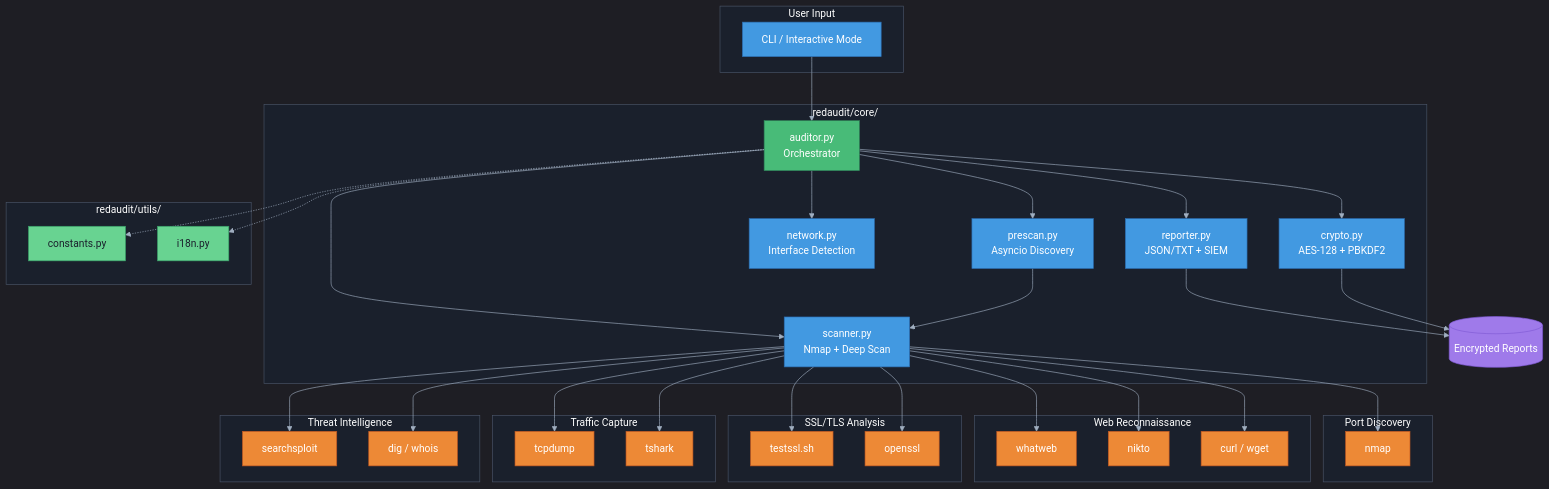
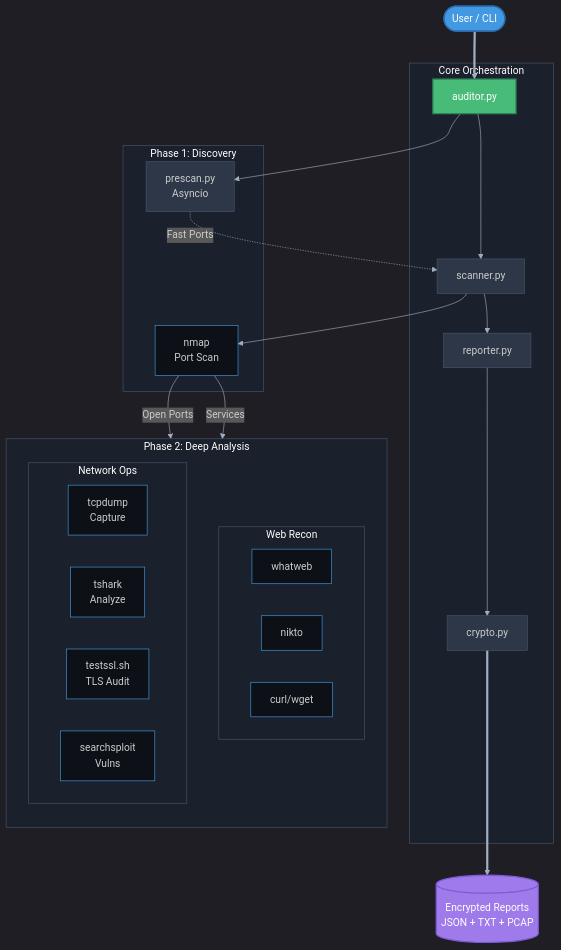
One commit to dorinbad/RedAudit changed the diagram in README.md. Above: the diagram before and after it, drawn with Mermaid. The commit also changed 2 other files, not shown here.

Commit message:
docs: Refactor the system overview diagram in READMEs and update the corresponding image.

````diff
--- a/README.md
+++ b/README.md
@@ -47,79 +47,61 @@
 ```mermaid
 %%{init: {'theme': 'dark', 'themeVariables': { 'primaryColor': '#1a365d', 'primaryTextColor': '#fff', 'primaryBorderColor': '#4299e1', 'lineColor': '#a0aec0', 'secondaryColor': '#2d3748', 'tertiaryColor': '#1a202c', 'background': '#0d1117', 'mainBkg': '#0d1117', 'nodeBorder': '#4299e1', 'clusterBkg': '#1a202c', 'clusterBorder': '#4a5568', 'titleColor': '#fff'}}}%%
 flowchart TB
-    subgraph Input["User Input"]
-        A["CLI / Interactive Mode"]
+    %% Nodes
+    User([User / CLI])
+    
+    subgraph Core ["Core Orchestration"]
+        Orchestrator[auditor.py]
+        Scanner[scanner.py]
+        Reporter[reporter.py]
+        Crypto[crypto.py]
     end
+
+    subgraph Phase1 ["Phase 1: Discovery"]
+        Prescan[prescan.py<br/>Asyncio]
+        Nmap[nmap<br/>Port Scan]
+    end
+
+    subgraph Phase2 ["Phase 2: Deep Analysis"]
+        direction TB
+        subgraph Web ["Web Recon"]
+            WhatWeb[whatweb]
+            Nikto[nikto]
+            Curl[curl/wget]
+        end
+        
+        subgraph Net ["Network Ops"]
+            TcpDoes[tcpdump<br/>Capture]
+            Tshark[tshark<br/>Analyze]
+            TestSSL[testssl.sh<br/>TLS Audit]
+            Search[searchsploit<br/>Vulns]
+        end
+    end
+
+    Output[("Encrypted Reports<br/>JSON + TXT + PCAP")]
+
+    %% Flow
+    User ==> Orchestrator
+    Orchestrator --> Prescan
+    Orchestrator --> Scanner
     
-    subgraph Core["redaudit/core/"]
-        B["auditor.py<br/>Orchestrator"]
-        C["scanner.py<br/>Nmap + Deep Scan"]
-        C2["prescan.py<br/>Asyncio Discovery"]
-        D["network.py<br/>Interface Detection"]
-        E["reporter.py<br/>JSON/TXT + SIEM"]
-        F["crypto.py<br/>AES-128 + PBKDF2"]
-    end
+    Prescan -.->|Fast Ports| Scanner
+    Scanner --> Nmap
     
-    subgraph Utils["redaudit/utils/"]
-        G["constants.py"]
-        H["i18n.py"]
-    end
+    Nmap -->|Open Ports| Web
+    Nmap -->|Services| Net
+
+    Scanner --> Reporter
+    Reporter --> Crypto
+    Crypto ==> Output
+
+    %% Styling
+    style User fill:#4299e1,stroke:#2b6cb0,color:#fff,stroke-width:2px
+    style Orchestrator fill:#48bb78,stroke:#2f855a,color:#fff,stroke-width:2px
+    style Output fill:#9f7aea,stroke:#805ad5,color:#fff,stroke-width:2px
     
-    subgraph Scanning["Port Discovery"]
-        I["nmap"]
-    end
-    
-    subgraph WebAudit["Web Reconnaissance"]
-        J["whatweb"]
-        K["nikto"]
-        L["curl / wget"]
-    end
-    
-    subgraph SSL["SSL/TLS Analysis"]
-        M["testssl.sh"]
-        N["openssl"]
-    end
-    
-    subgraph Traffic["Traffic Capture"]
-        O["tcpdump"]
-        P["tshark"]
-    end
-    
-    subgraph Intel["Threat Intelligence"]
-        Q["searchsploit"]
-        R["dig / whois"]
-    end
-    
-    A --> B
-    B --> C & C2 & D & E & F
-    B -.-> G & H
-    C2 --> C
-    C --> I
-    C --> J & K & L
-    C --> M & N
-    C --> O & P
-    C --> Q & R
-    E --> Output[("Encrypted Reports")]
-    F --> Output
-
-    style A fill:#4299e1,stroke:#2b6cb0,color:#fff
-    style B fill:#48bb78,stroke:#2f855a,color:#fff
-    style C fill:#4299e1,stroke:#2b6cb0,color:#fff
-    style C2 fill:#4299e1,stroke:#2b6cb0,color:#fff
-    style D fill:#4299e1,stroke:#2b6cb0,color:#fff
-    style E fill:#4299e1,stroke:#2b6cb0,color:#fff
-    style F fill:#4299e1,stroke:#2b6cb0,color:#fff
-    style G fill:#68d391,stroke:#38a169,color:#1a202c
-    style H fill:#68d391,stroke:#38a169,color:#1a202c
-    style I fill:#ed8936,stroke:#c05621,color:#fff
-    style J fill:#ed8936,stroke:#c05621,color:#fff
-    style K fill:#ed8936,stroke:#c05621,color:#fff
-    style L fill:#ed8936,stroke:#c05621,color:#fff
-    style M fill:#ed8936,stroke:#c05621,color:#fff
-    style N fill:#ed8936,stroke:#c05621,color:#fff
-    style O fill:#ed8936,stroke:#c05621,color:#fff
-    style P fill:#ed8936,stroke:#c05621,color:#fff
-    style Q fill:#ed8936,stroke:#c05621,color:#fff
-    style R fill:#ed8936,stroke:#c05621,color:#fff
-    style Output fill:#9f7aea,stroke:#805ad5,color:#fff
+    style Scanner fill:#2d3748,stroke:#4a5568
+    style Prescan fill:#2d3748,stroke:#4a5568
+    style Reporter fill:#2d3748,stroke:#4a5568
+    style Crypto fill:#2d3748,stroke:#4a5568
 ```
````
